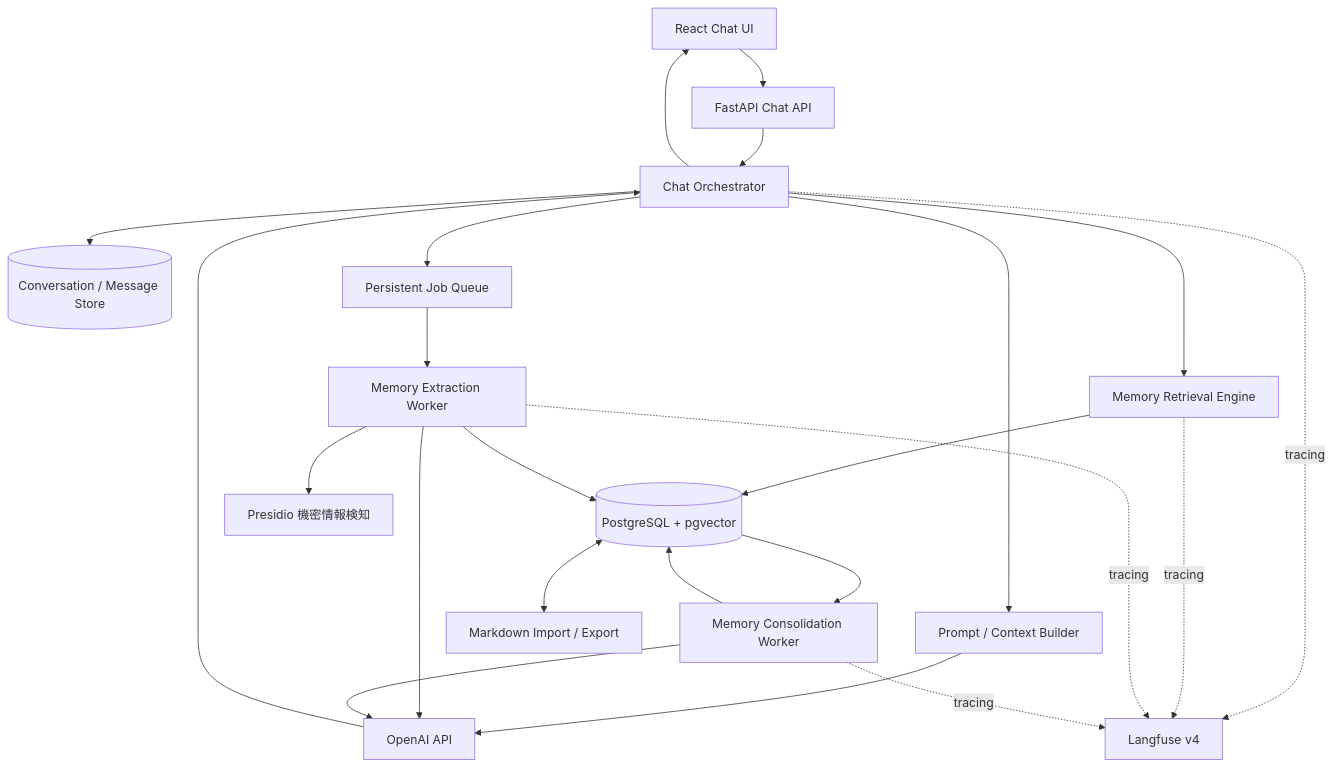
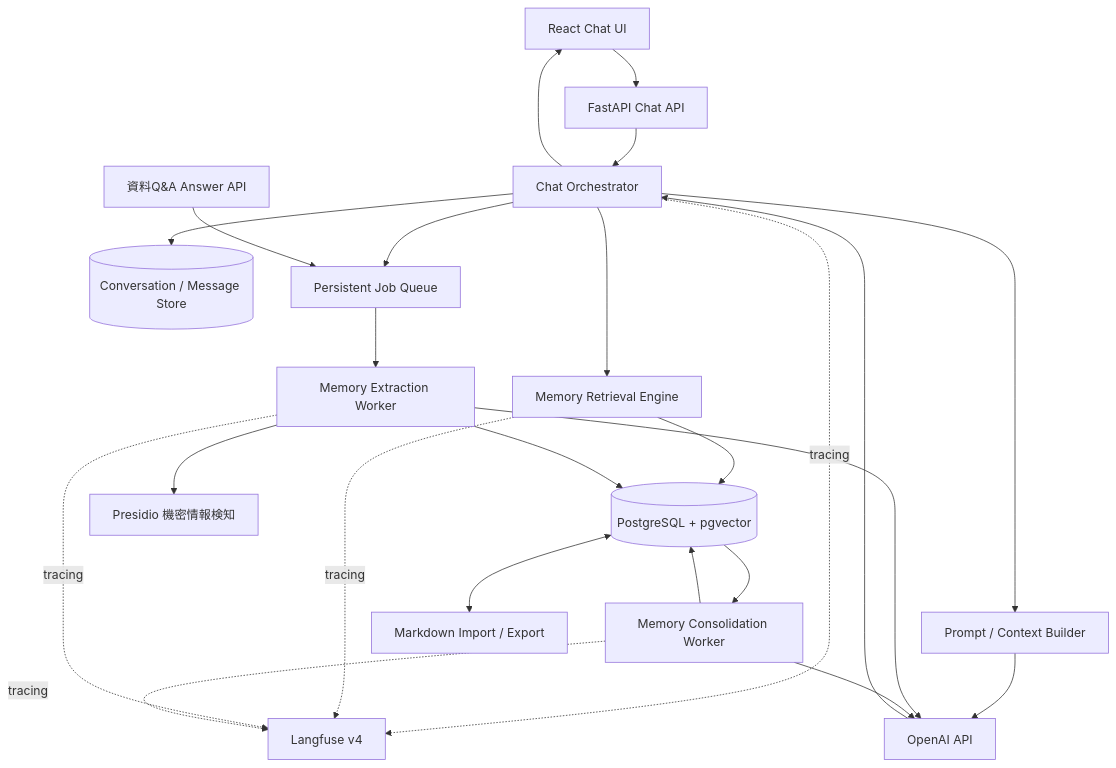
One commit to tadano-akira/openai-query-app changed the first of 2 diagrams in docs/personal-memory-system-design.md. Above: the diagram before and after it, drawn with Mermaid. The commit also changed other lines of this file, not shown here.

````diff
--- a/docs/personal-memory-system-design.md
+++ b/docs/personal-memory-system-design.md
@@ -86,27 +87,28 @@
 ```mermaid
 flowchart TD
     UI[React Chat UI] --> API[FastAPI Chat API]
     API --> ORCH[Chat Orchestrator]
     ORCH --> RET[Memory Retrieval Engine]
     RET --> DB[(PostgreSQL + pgvector)]
     ORCH --> PB[Prompt / Context Builder]
     PB --> OAI[OpenAI API]
     OAI --> ORCH
     ORCH --> UI
 
     ORCH --> MSG[(Conversation / Message Store)]
     ORCH --> Q[Persistent Job Queue]
+    QA[資料Q&A Answer API] --> Q
     Q --> EXT[Memory Extraction Worker]
     EXT --> PRES[Presidio 機密情報検知]
     EXT --> OAI
     EXT --> DB
     DB --> CON[Memory Consolidation Worker]
     CON --> OAI
     CON --> DB
 
     DB <--> MD[Markdown Import / Export]
     ORCH -. tracing .-> LF[Langfuse v4]
     RET -. tracing .-> LF
     EXT -. tracing .-> LF
     CON -. tracing .-> LF
 ```
````
